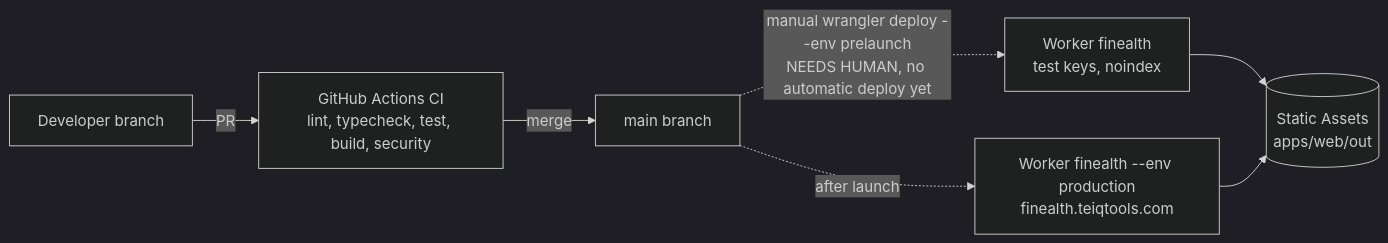
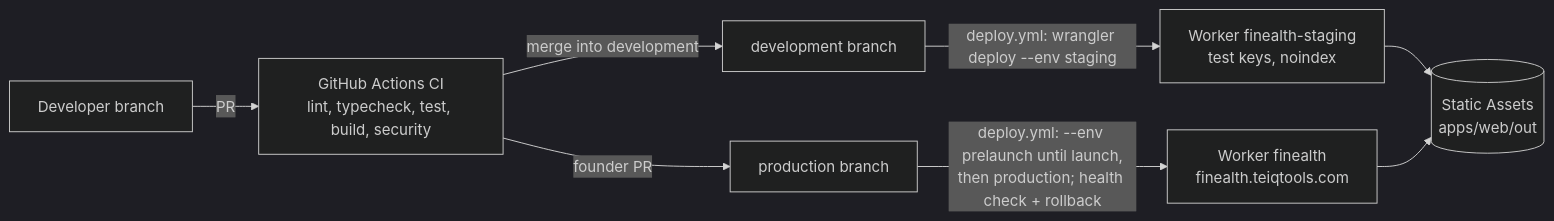
Before and after one commit to equisteg/finance-calculators: the diagram in docs/diagrams/HLD-4.mmd, drawn with Mermaid (dark theme). The commit also changed 9 other files, not shown here.

First line of the commit message:
ci: deploy to Cloudflare automatically on merge (development -> staging, production -> finealth)

```diff
--- a/docs/diagrams/HLD-4.mmd
+++ b/docs/diagrams/HLD-4.mmd
@@ -1,7 +1,8 @@
 flowchart LR
   dev[Developer branch] -->|PR| ci[GitHub Actions CI<br/>lint, typecheck, test, build, security]
-  ci -->|merge| main[main branch]
-  main -.->|manual wrangler deploy --env prelaunch<br/>NEEDS HUMAN, no automatic deploy yet| pre[Worker finealth<br/>test keys, noindex]
-  main -.->|after launch| prod[Worker finealth --env production<br/>finealth.teiqtools.com]
-  pre --> assets[(Static Assets<br/>apps/web/out)]
-  prod --> assets
+  ci -->|merge into development| devb[development branch]
+  ci -->|founder PR| prodb[production branch]
+  devb -->|deploy.yml: wrangler deploy --env staging| stg[Worker finealth-staging<br/>test keys, noindex]
+  prodb -->|deploy.yml: --env prelaunch until launch,<br/>then production; health check + rollback| pre[Worker finealth<br/>finealth.teiqtools.com]
+  stg --> assets[(Static Assets<br/>apps/web/out)]
+  pre --> assets
```
